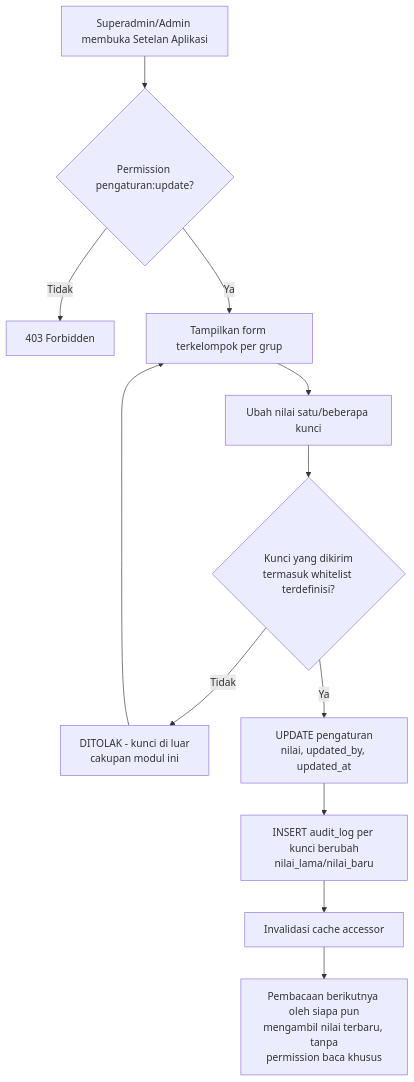
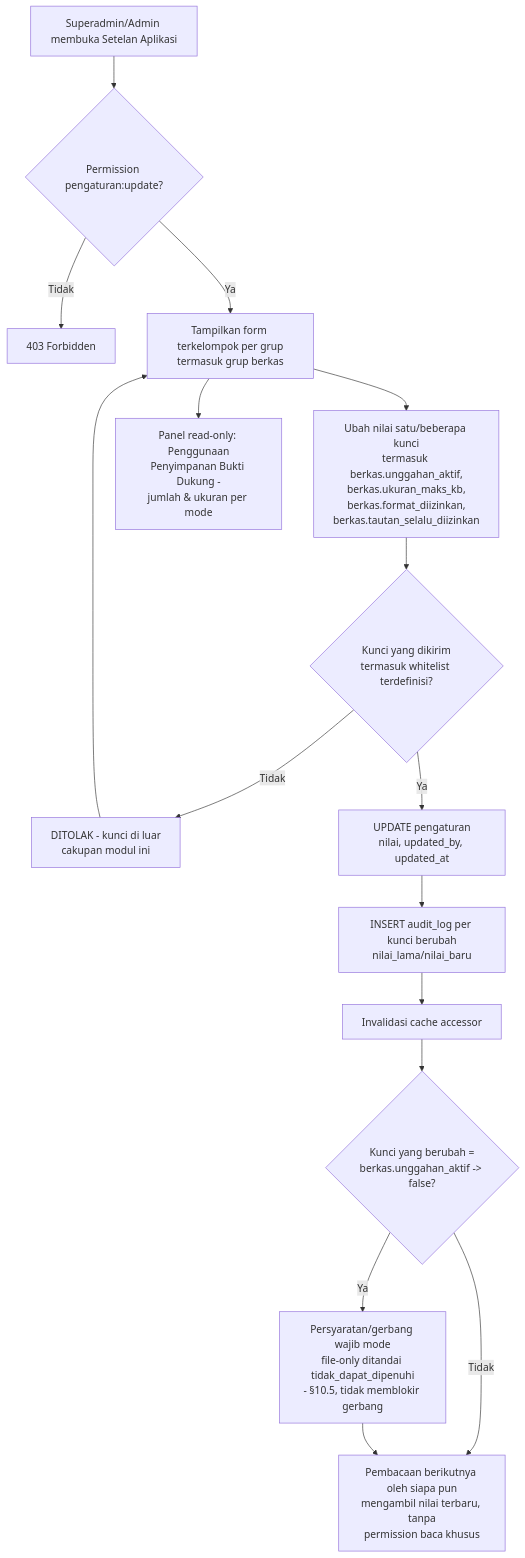
Before and after one commit to LLDIKTI-XVI-TEAM/SAKIP: diagram 18 of 22 in document/SAKIP - Workflow.md, drawn with Mermaid. The commit also changed other lines of this file and 4 other files, not shown here.

````diff
--- a/document/SAKIP - Workflow.md
+++ b/document/SAKIP - Workflow.md
@@ -622,14 +1446,18 @@
 ```mermaid
 flowchart TD
     A[Superadmin/Admin membuka Setelan Aplikasi] --> B{Permission pengaturan:update?}
     B -- Tidak --> C[403 Forbidden]
-    B -- Ya --> D[Tampilkan form terkelompok per grup]
-    D --> E[Ubah nilai satu/beberapa kunci]
+    B -- Ya --> D[Tampilkan form terkelompok per grup\ntermasuk grup berkas]
+    D --> E[Ubah nilai satu/beberapa kunci\ntermasuk berkas.unggahan_aktif,\nberkas.ukuran_maks_kb,\nberkas.format_diizinkan,\nberkas.tautan_selalu_diizinkan]
     E --> F{Kunci yang dikirim\ntermasuk whitelist terdefinisi?}
     F -- Tidak --> G[DITOLAK - kunci di luar\ncakupan modul ini]
     G --> D
     F -- Ya --> H[UPDATE pengaturan\nnilai, updated_by, updated_at]
     H --> I[INSERT audit_log per kunci berubah\nnilai_lama/nilai_baru]
     I --> J[Invalidasi cache accessor]
-    J --> K[Pembacaan berikutnya oleh siapa pun\nmengambil nilai terbaru, tanpa\npermission baca khusus]
+    J --> K{Kunci yang berubah =\nberkas.unggahan_aktif -> false?}
+    K -- Ya --> L[Persyaratan/gerbang wajib mode\nfile-only ditandai tidak_dapat_dipenuhi\n- §10.5, tidak memblokir gerbang]
+    K -- Tidak --> M[Pembacaan berikutnya oleh siapa pun\nmengambil nilai terbaru, tanpa\npermission baca khusus]
+    L --> M
+    D --> N[Panel read-only: Penggunaan\nPenyimpanan Bukti Dukung -\njumlah & ukuran per mode]
 ```
````
